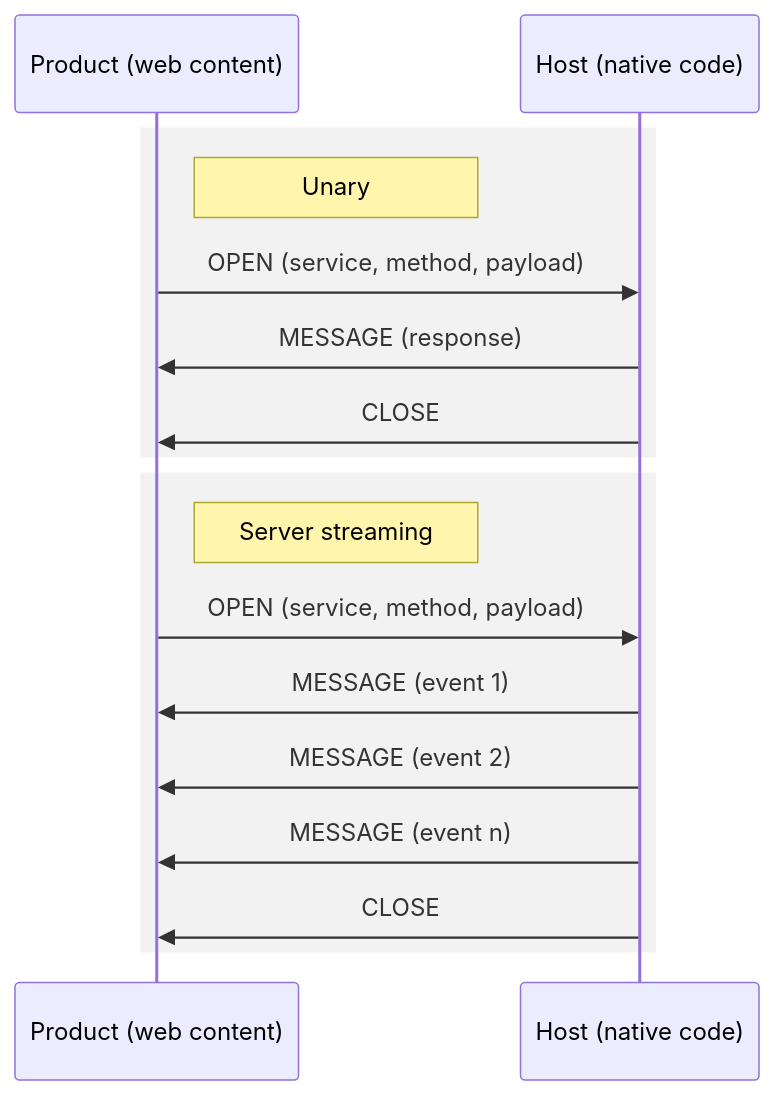
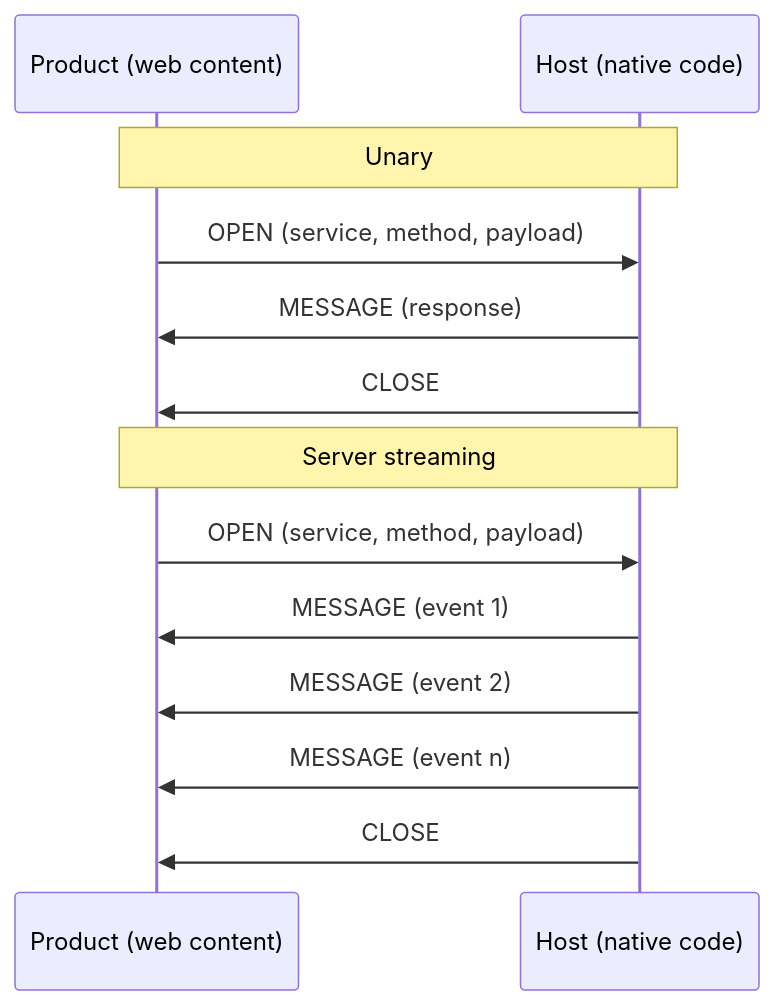
Before and after one commit to pgherveou/rpc-concept: the diagram in README.md, drawn with Mermaid.

Commit message:
Fix broken mermaid diagram in README
Replace unsupported rect/rgba blocks with Note over syntax.

````diff
--- a/README.md
+++ b/README.md
@@ -205,21 +205,17 @@
 ```mermaid
 sequenceDiagram
     participant P as Product (web content)
     participant H as Host (native code)
 
-    rect rgba(128,128,128,0.1)
-    Note right of P: Unary
+    Note over P,H: Unary
     P->>H: OPEN (service, method, payload)
     H->>P: MESSAGE (response)
     H->>P: CLOSE
-    end
 
-    rect rgba(128,128,128,0.1)
-    Note right of P: Server streaming
+    Note over P,H: Server streaming
     P->>H: OPEN (service, method, payload)
     H->>P: MESSAGE (event 1)
     H->>P: MESSAGE (event 2)
     H->>P: MESSAGE (event n)
     H->>P: CLOSE
-    end
 ```
````
